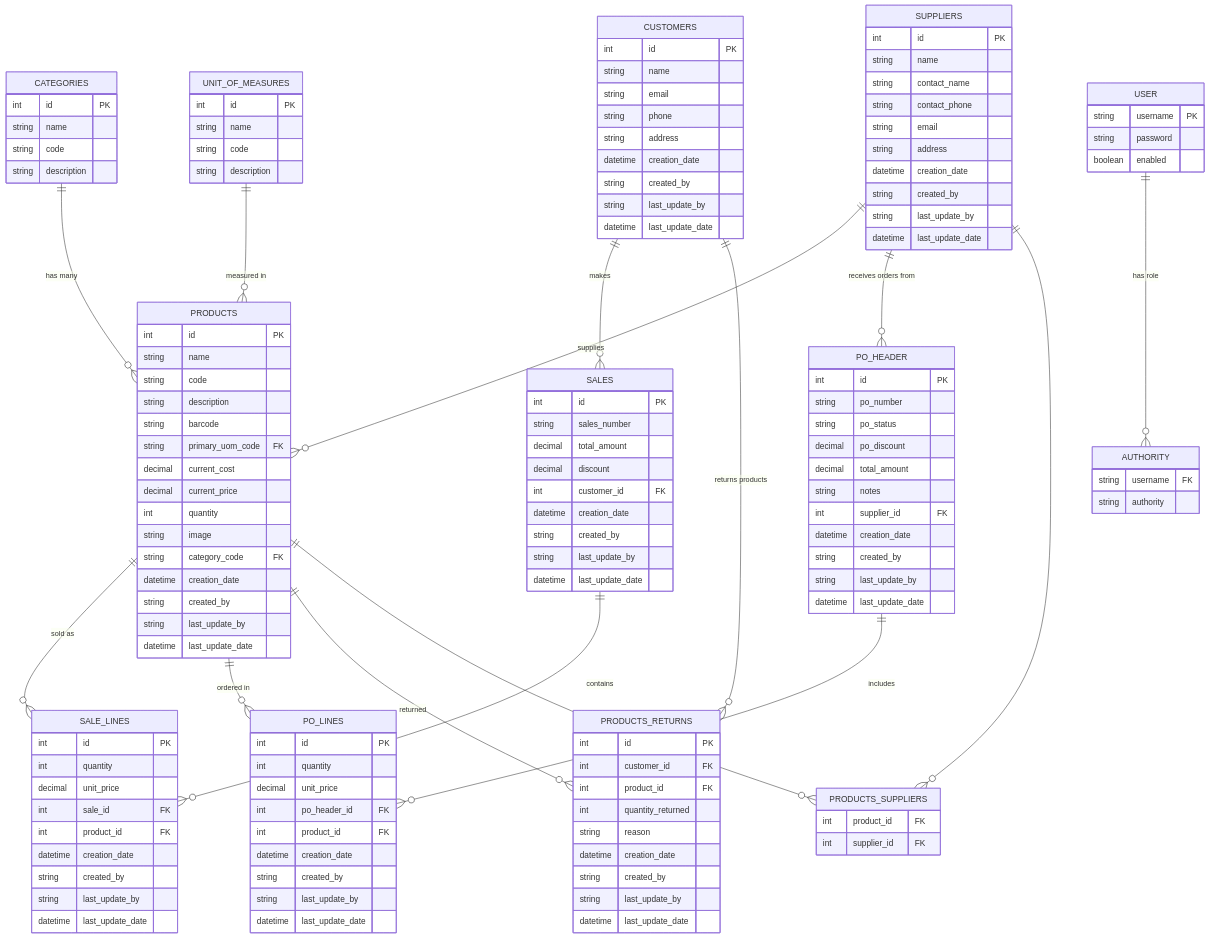
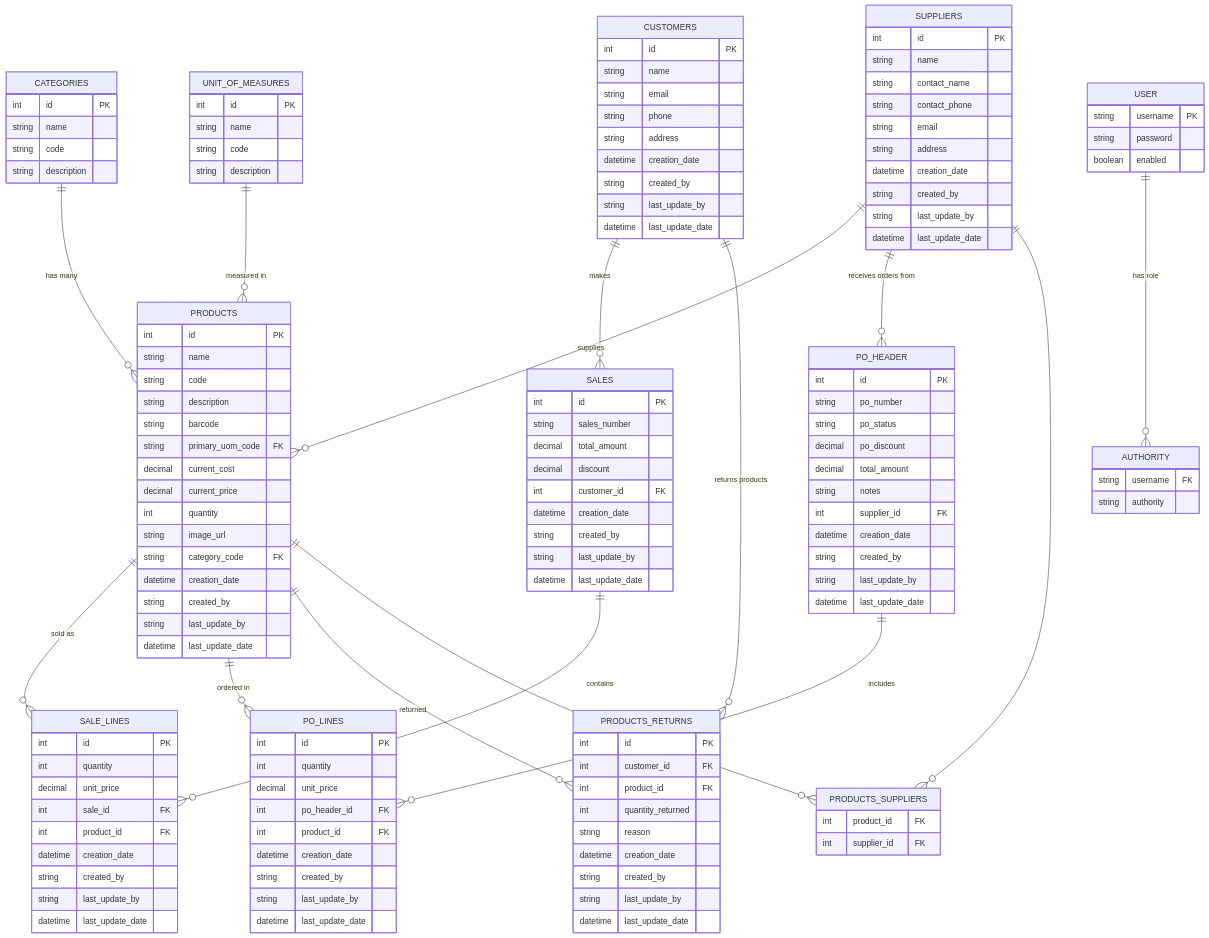
One commit to box-quarrel/Inventario-Backend changed the diagram in diagrams/erd-v1.mermaid. Above: the diagram before and after it, drawn with Mermaid. The commit also changed 9 other files, not shown here.

```diff
--- a/diagrams/erd-v1.mermaid
+++ b/diagrams/erd-v1.mermaid
@@ -1,150 +1,150 @@
 erDiagram
     PRODUCTS {
         int id PK
         string name
         string code
         string description
         string barcode
         string primary_uom_code FK
         decimal current_cost
         decimal current_price
         int quantity
-        string image
+        string image_url
         string category_code FK
         datetime creation_date
         string created_by
         string last_update_by
         datetime last_update_date
     }
 
     CATEGORIES {
         int id PK
         string name
         string code
         string description
     }
 
     UNIT_OF_MEASURES {
         int id PK
         string name
         string code
         string description
     }
 
     SALES {
         int id PK
         string sales_number
         decimal total_amount
         decimal discount
         int customer_id FK
         datetime creation_date
         string created_by
         string last_update_by
         datetime last_update_date
     }
 
     SALE_LINES {
         int id PK
         int quantity
         decimal unit_price
         int sale_id FK
         int product_id FK
         datetime creation_date
         string created_by
         string last_update_by
         datetime last_update_date
     }
 
     PO_HEADER {
         int id PK
         string po_number
         string po_status
         decimal po_discount
         decimal total_amount
         string notes
         int supplier_id FK
         datetime creation_date
         string created_by
         string last_update_by
         datetime last_update_date
     }
 
     PO_LINES {
         int id PK
         int quantity
         decimal unit_price
         int po_header_id FK
         int product_id FK
         datetime creation_date
         string created_by
         string last_update_by
         datetime last_update_date
     }
 
     PRODUCTS_RETURNS {
         int id PK
         int customer_id FK
         int product_id FK
         int quantity_returned
         string reason
         datetime creation_date
         string created_by
         string last_update_by
         datetime last_update_date
     }
 
     CUSTOMERS {
         int id PK
         string name
         string email
         string phone
         string address
         datetime creation_date
         string created_by
         string last_update_by
         datetime last_update_date
     }
 
     SUPPLIERS {
         int id PK
         string name
         string contact_name
         string contact_phone
         string email
         string address
         datetime creation_date
         string created_by
         string last_update_by
         datetime last_update_date
     }
 
     PRODUCTS_SUPPLIERS {
         int product_id FK
         int supplier_id FK
     }
 
     USER {
         string username PK
         string password
         boolean enabled
     }
 
     AUTHORITY {
         string username FK
         string authority
     }
 
     CATEGORIES ||--o{ PRODUCTS: "has many"
     UNIT_OF_MEASURES ||--o{ PRODUCTS: "measured in"
     PRODUCTS ||--o{ SALE_LINES: "sold as"
     SALES ||--o{ SALE_LINES: "contains"
     CUSTOMERS ||--o{ SALES: "makes"
     SUPPLIERS ||--o{ PRODUCTS: "supplies"
     SUPPLIERS ||--o{ PO_HEADER: "receives orders from"
     PO_HEADER ||--o{ PO_LINES: "includes"
     PRODUCTS ||--o{ PO_LINES: "ordered in"
     CUSTOMERS ||--o{ PRODUCTS_RETURNS: "returns products"
     PRODUCTS ||--o{ PRODUCTS_RETURNS: "returned"
     USER ||--o{ AUTHORITY: "has role"
     PRODUCTS ||--o{ PRODUCTS_SUPPLIERS: ""
     SUPPLIERS ||--o{ PRODUCTS_SUPPLIERS: ""
```
